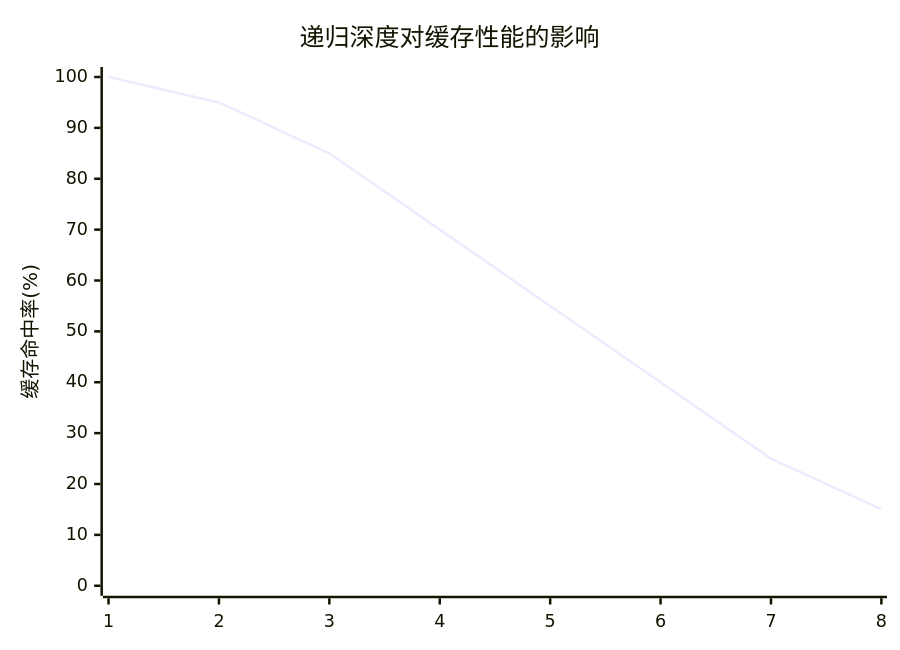
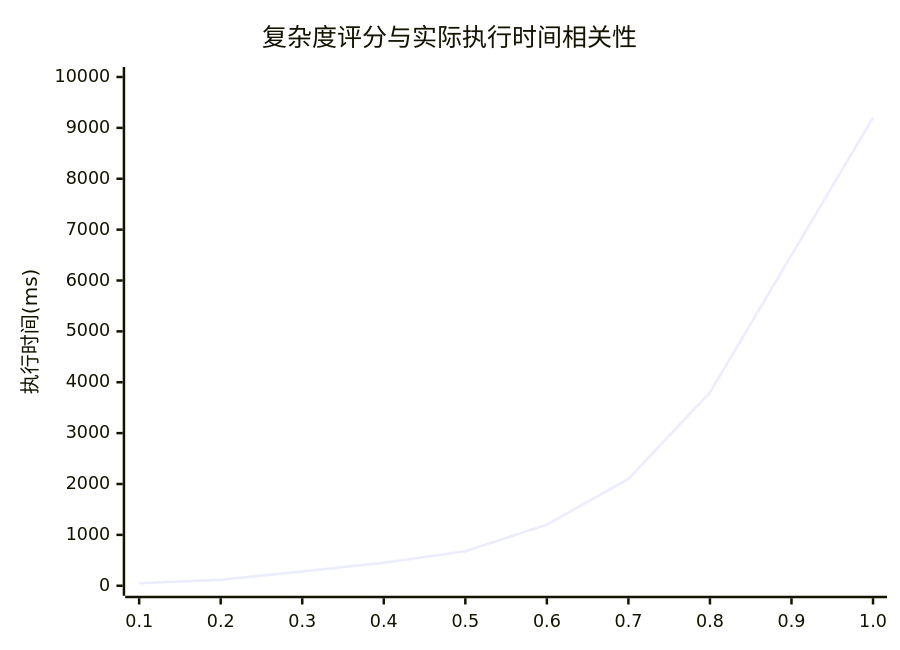
Before and after one commit to crazypenguincode/duckdb: diagram 12 of 25 in md/第五章-实验与分析.md, drawn with Mermaid. The commit also changed other lines of this file and 361 other files, not shown here.

````diff
--- a/md/第五章-实验与分析.md
+++ b/md/第五章-实验与分析.md
@@ -592,7 +379,7 @@
 ```mermaid
 xychart-beta
-    title "递归深度对缓存性能的影响"
-    x-axis [1, 2, 3, 4, 5, 6, 7, 8]
-    y-axis "缓存命中率(%)" 0 --> 100
-    line [100, 95, 85, 70, 55, 40, 25, 15]
+    title "复杂度评分与实际执行时间相关性"
+    x-axis [0.1, 0.2, 0.3, 0.4, 0.5, 0.6, 0.7, 0.8, 0.9, 1.0]
+    y-axis "执行时间(ms)" 0 --> 10000
+    line [50, 120, 280, 450, 680, 1200, 2100, 3800, 6500, 9200]
 ```
````
